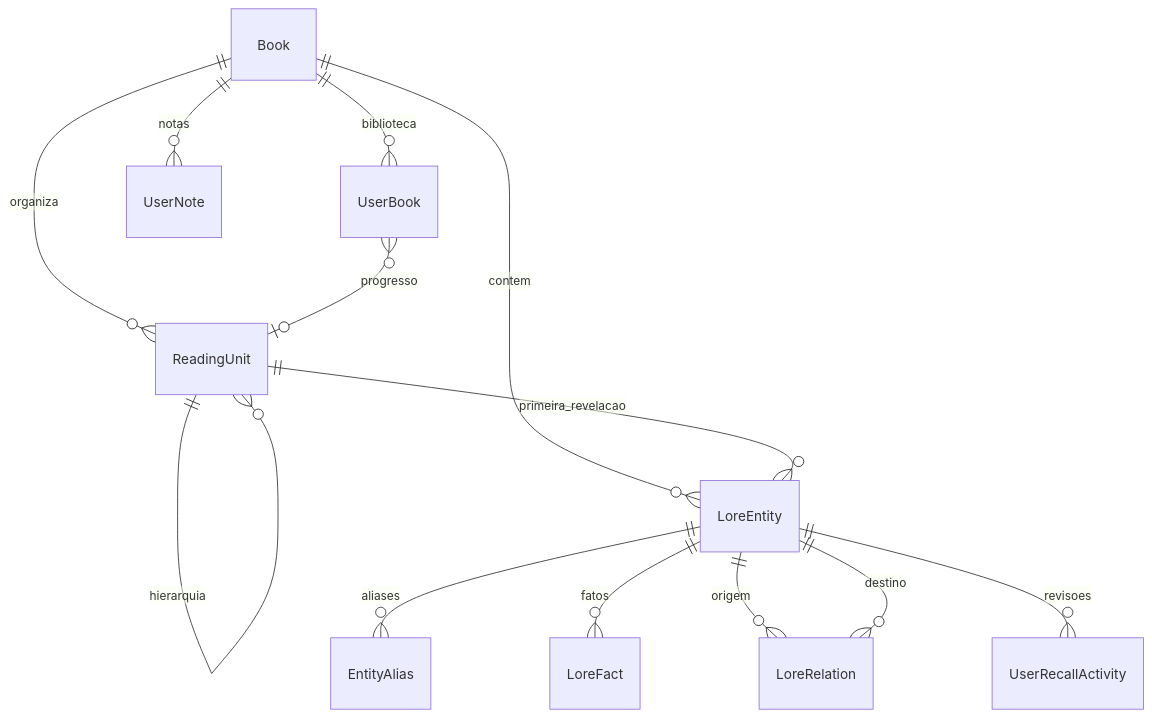
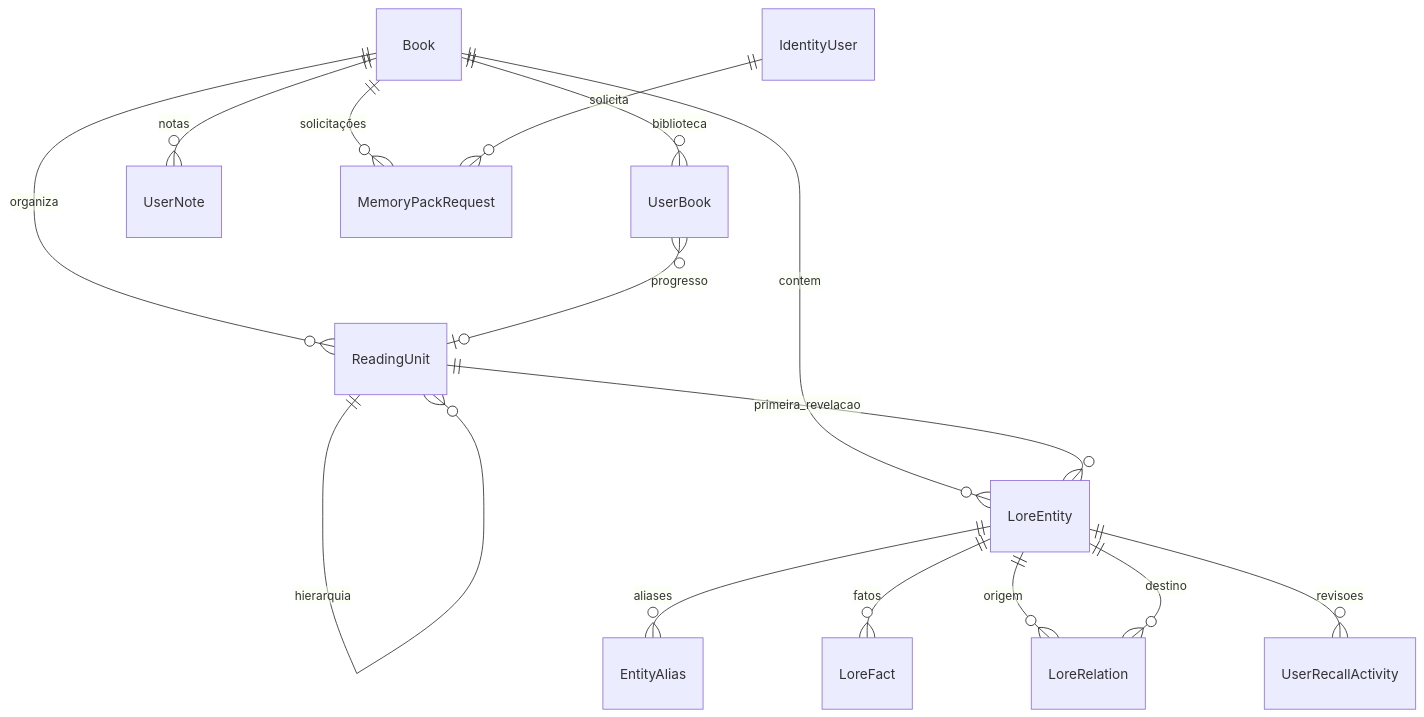
Before and after one commit to DiogoJP202/Mnemora: the second of 3 diagrams in docs/technical-architecture.md, drawn with Mermaid. The commit also changed other lines of this file and 52 other files, not shown here.

````diff
--- a/docs/technical-architecture.md
+++ b/docs/technical-architecture.md
@@ -53,15 +53,17 @@
 ```mermaid
 erDiagram
     Book ||--o{ ReadingUnit : organiza
     Book ||--o{ UserBook : biblioteca
     Book ||--o{ LoreEntity : contem
     ReadingUnit ||--o{ ReadingUnit : hierarquia
     ReadingUnit ||--o{ LoreEntity : primeira_revelacao
     LoreEntity ||--o{ EntityAlias : aliases
     LoreEntity ||--o{ LoreFact : fatos
     LoreEntity ||--o{ LoreRelation : origem
     LoreEntity ||--o{ LoreRelation : destino
     UserBook }o--o| ReadingUnit : progresso
     Book ||--o{ UserNote : notas
+    Book ||--o{ MemoryPackRequest : solicitações
     LoreEntity ||--o{ UserRecallActivity : revisoes
+    IdentityUser ||--o{ MemoryPackRequest : solicita
 ```
````
